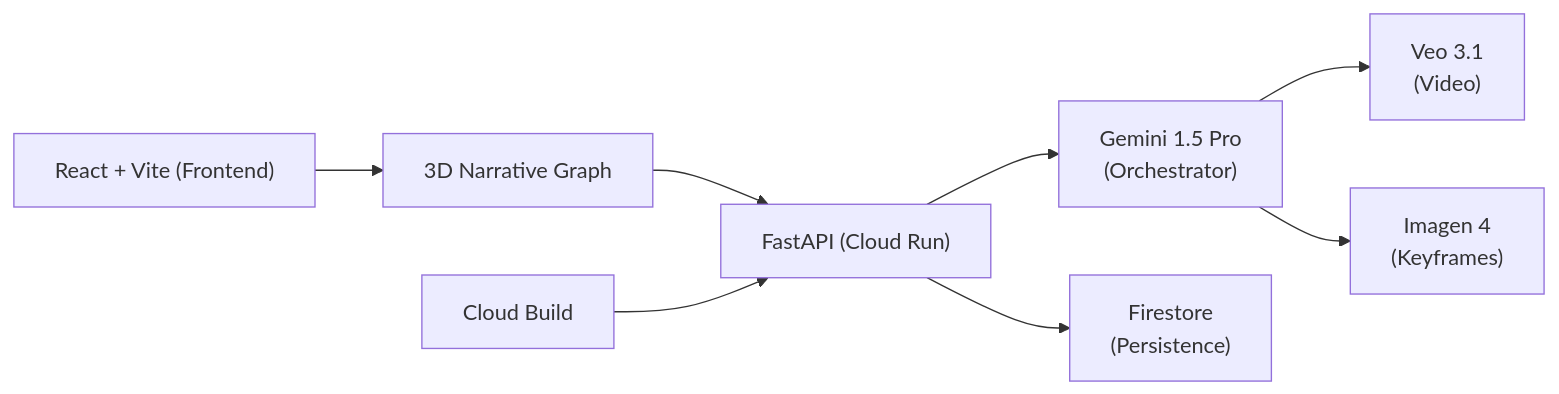
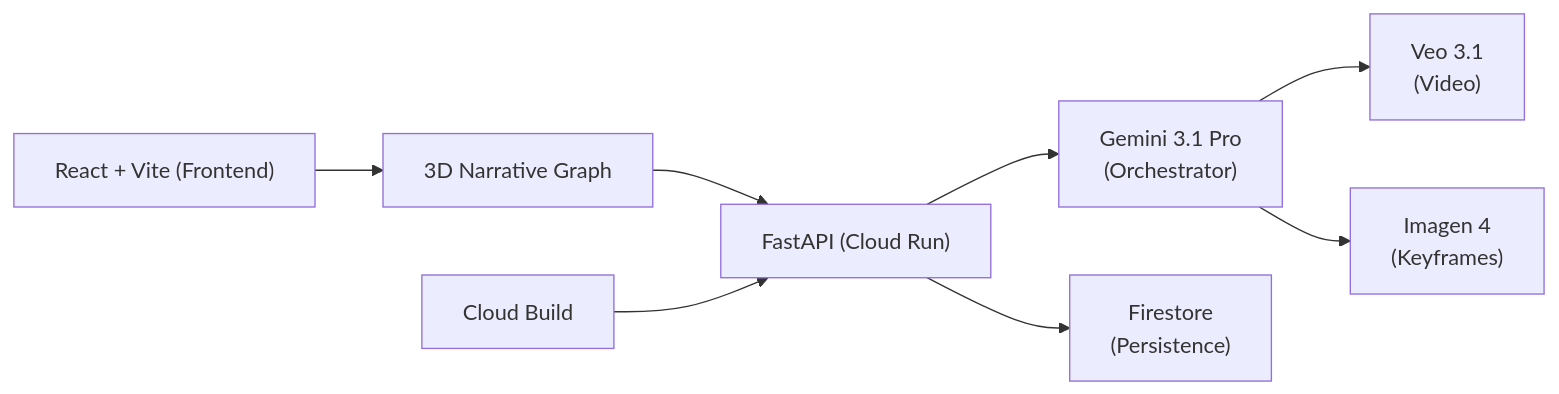
One commit to let-the-dreamers-rise/vortex-previz changed the diagram in README.md. Above: the diagram before and after it, drawn with Mermaid.

````diff
--- a/README.md
+++ b/README.md
@@ -45,10 +45,10 @@
 ```mermaid
 flowchart LR
     A["React + Vite (Frontend)"] --> B["3D Narrative Graph"]
     B --> C["FastAPI (Cloud Run)"]
-    C --> D["Gemini 1.5 Pro\n(Orchestrator)"]
+    C --> D["Gemini 3.1 Pro\n(Orchestrator)"]
     D --> E["Veo 3.1\n(Video)"]
     D --> F["Imagen 4\n(Keyframes)"]
     C --> G["Firestore\n(Persistence)"]
     H["Cloud Build"] --> C
 ```
````
